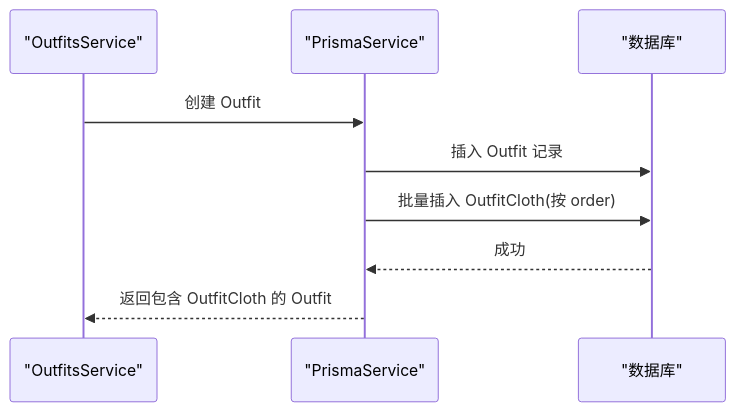
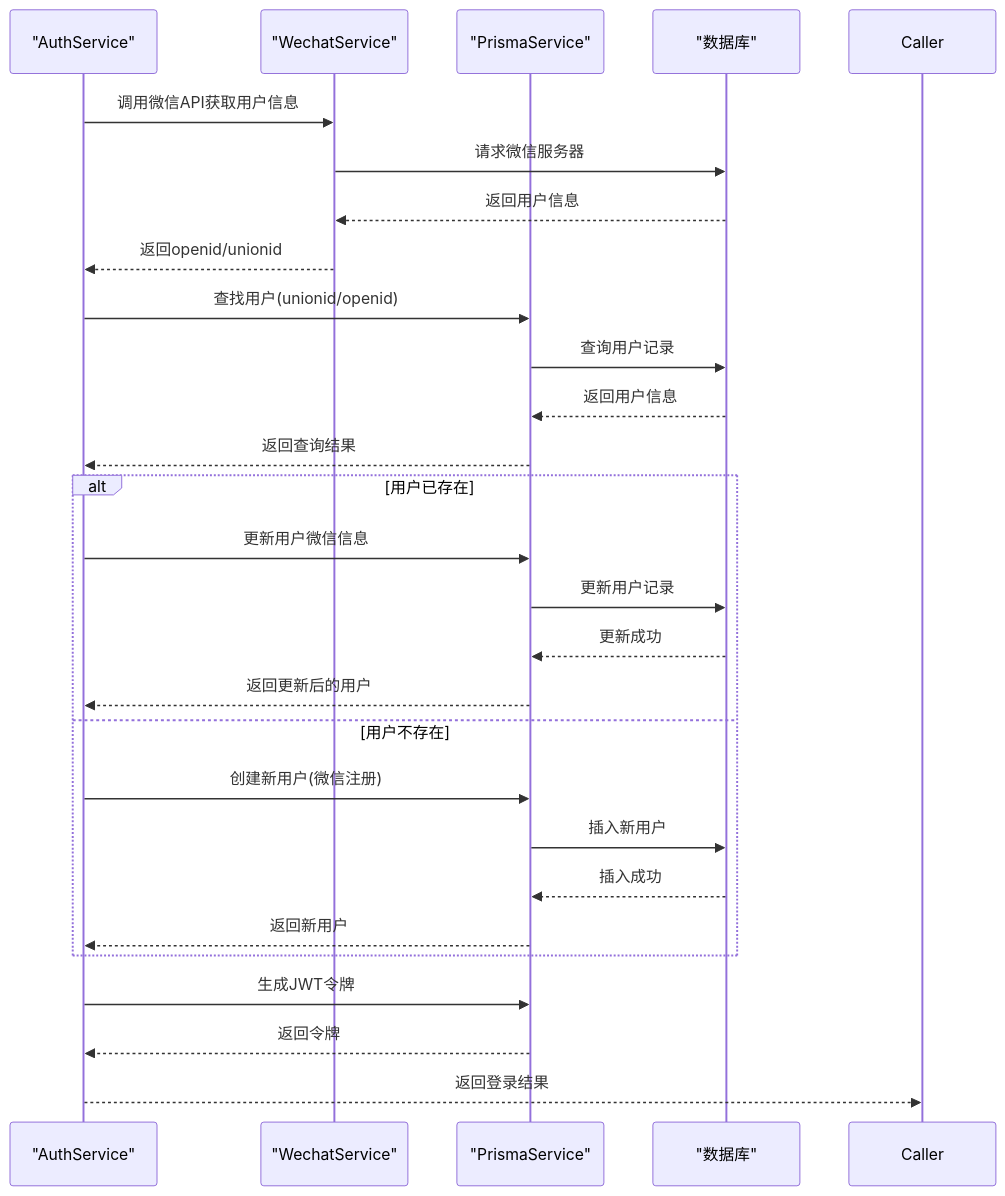
One commit to lsqwawa/free-dress changed the sixth of 7 diagrams in .qoder/repowiki/zh/content/数据库设计/数据库设计.md. Above: the diagram before and after it, drawn with Mermaid. The commit also changed other lines of this file and 71 other files, not shown here.

````diff
--- a/.qoder/repowiki/zh/content/数据库设计/数据库设计.md
+++ b/.qoder/repowiki/zh/content/数据库设计/数据库设计.md
@@ -370,11 +531,29 @@
 ```mermaid
 sequenceDiagram
-participant Svc as "OutfitsService"
+participant Svc as "AuthService"
+participant Wechat as "WechatService"
 participant Prisma as "PrismaService"
 participant DB as "数据库"
-Svc->>Prisma : 创建 Outfit
-Prisma->>DB : 插入 Outfit 记录
-Prisma->>DB : 批量插入 OutfitCloth(按 order)
-DB-->>Prisma : 成功
-Prisma-->>Svc : 返回包含 OutfitCloth 的 Outfit
+Svc->>Wechat : 调用微信API获取用户信息
+Wechat->>DB : 请求微信服务器
+DB-->>Wechat : 返回用户信息
+Wechat-->>Svc : 返回openid/unionid
+Svc->>Prisma : 查找用户(unionid/openid)
+Prisma->>DB : 查询用户记录
+DB-->>Prisma : 返回用户信息
+Prisma-->>Svc : 返回查询结果
+alt 用户已存在
+Svc->>Prisma : 更新用户微信信息
+Prisma->>DB : 更新用户记录
+DB-->>Prisma : 更新成功
+Prisma-->>Svc : 返回更新后的用户
+else 用户不存在
+Svc->>Prisma : 创建新用户(微信注册)
+Prisma->>DB : 插入新用户
+DB-->>Prisma : 插入成功
+Prisma-->>Svc : 返回新用户
+end
+Svc->>Prisma : 生成JWT令牌
+Prisma-->>Svc : 返回令牌
+Svc-->>Caller : 返回登录结果
 ```
````
